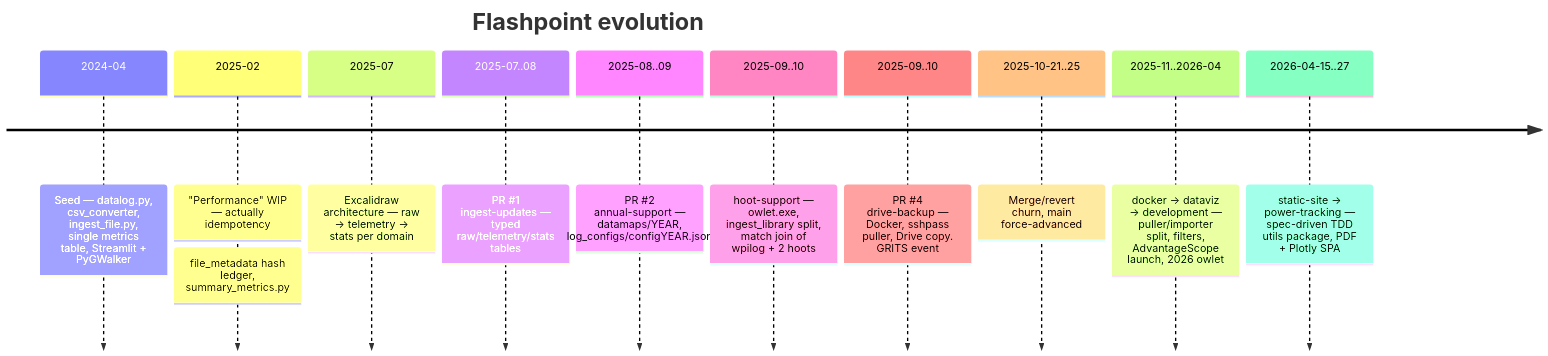
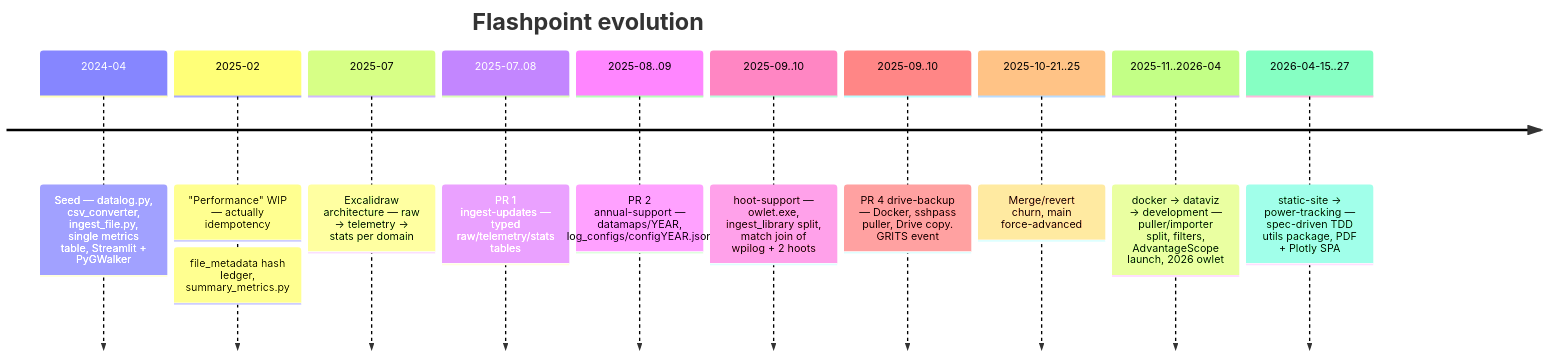
Before and after one commit to IgniteRobotics/flashpoint: the first of 3 diagrams in docs/rewrite/02-branch-survey.md, drawn with Mermaid. The commit also changed other lines of this file and 21 other files, not shown here.

````diff
--- a/docs/rewrite/02-branch-survey.md
+++ b/docs/rewrite/02-branch-survey.md
@@ -23,14 +23,14 @@
 ```mermaid
 timeline
     title Flashpoint evolution
     2024-04 : Seed — datalog.py, csv_converter, ingest_file.py, single metrics table, Streamlit + PyGWalker
     2025-02 : "Performance" WIP — actually idempotency: file_metadata hash ledger, summary_metrics.py
     2025-07 : Excalidraw architecture — raw → telemetry → stats per domain
-    2025-07..08 : PR #1 ingest-updates — typed raw/telemetry/stats tables
-    2025-08..09 : PR #2 annual-support — datamaps/YEAR, log_configs/configYEAR.json
+    2025-07..08 : PR 1 ingest-updates — typed raw/telemetry/stats tables
+    2025-08..09 : PR 2 annual-support — datamaps/YEAR, log_configs/configYEAR.json
     2025-09..10 : hoot-support — owlet.exe, ingest_library split, match join of wpilog + 2 hoots
-    2025-09..10 : PR #4 drive-backup — Docker, sshpass puller, Drive copy. GRITS event
+    2025-09..10 : PR 4 drive-backup — Docker, sshpass puller, Drive copy. GRITS event
     2025-10-21..25 : Merge/revert churn, main force-advanced
     2025-11..2026-04 : docker → dataviz → development — puller/importer split, filters, AdvantageScope launch, 2026 owlet
     2026-04-15..27 : static-site → power-tracking — spec-driven TDD utils package, PDF + Plotly SPA
 ```
````
